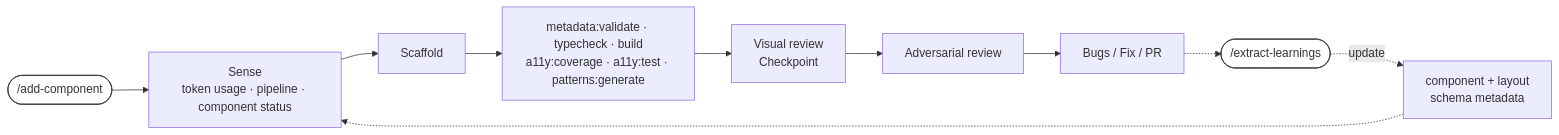
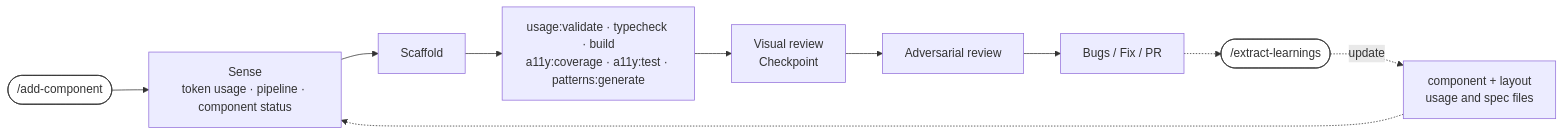
The diagram in docs/06-agentic-moments.md (F4cu/upskill-design-system), drawn with Mermaid before and after one commit. The commit also changed other lines of this file and 126 other files, not shown here.

First line of the commit message:
feat(usage): rename metadata.json to usage.json and relabel around composition

````diff
--- a/docs/06-agentic-moments.md
+++ b/docs/06-agentic-moments.md
@@ -112,14 +113,14 @@
 ```mermaid
 flowchart LR
     TRIGGER(["/add-component"]):::command --> SENSE["Sense<br/>token usage · pipeline · component status"]
     SENSE --> SCAFFOLD["Scaffold"]
-    SCAFFOLD --> CI["metadata:validate · typecheck · build<br/>a11y:coverage · a11y:test · patterns:generate"]
+    SCAFFOLD --> CI["usage:validate · typecheck · build<br/>a11y:coverage · a11y:test · patterns:generate"]
     CI --> HUMAN["Visual review<br/>Checkpoint"]
     HUMAN --> ADV["Adversarial review"]
     ADV --> BUGS["Bugs / Fix / PR"]
     BUGS -.-> EL(["/extract-learnings"]):::command
-    EL -.->|update| META["component + layout<br/>schema metadata"]
+    EL -.->|update| META["component + layout<br/>usage and spec files"]
     META -.-> SENSE
 
     classDef command fill:#fff,stroke:#333,stroke-width:1px
 ```
````
